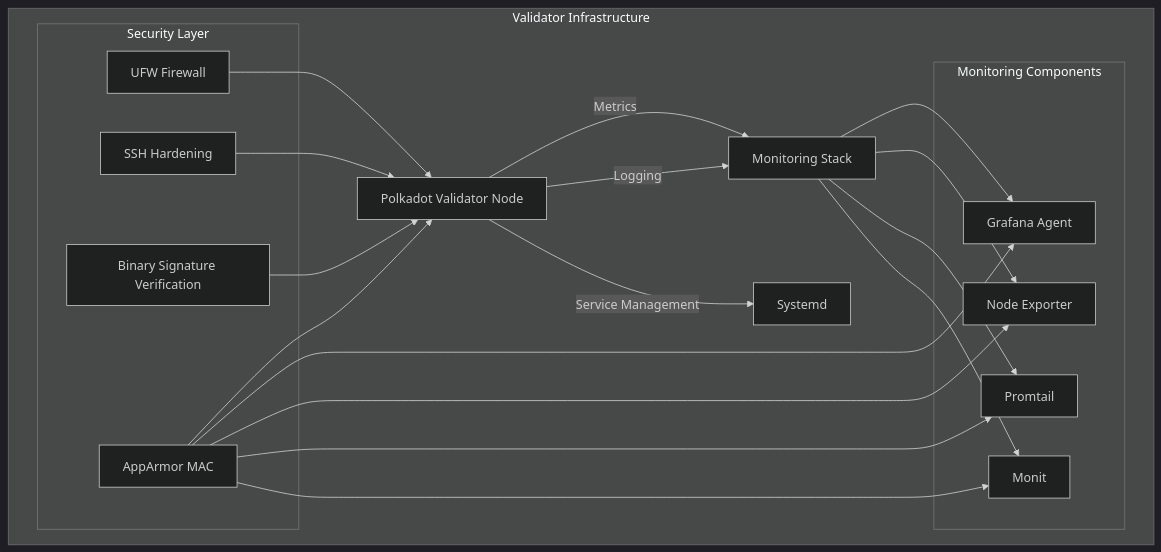
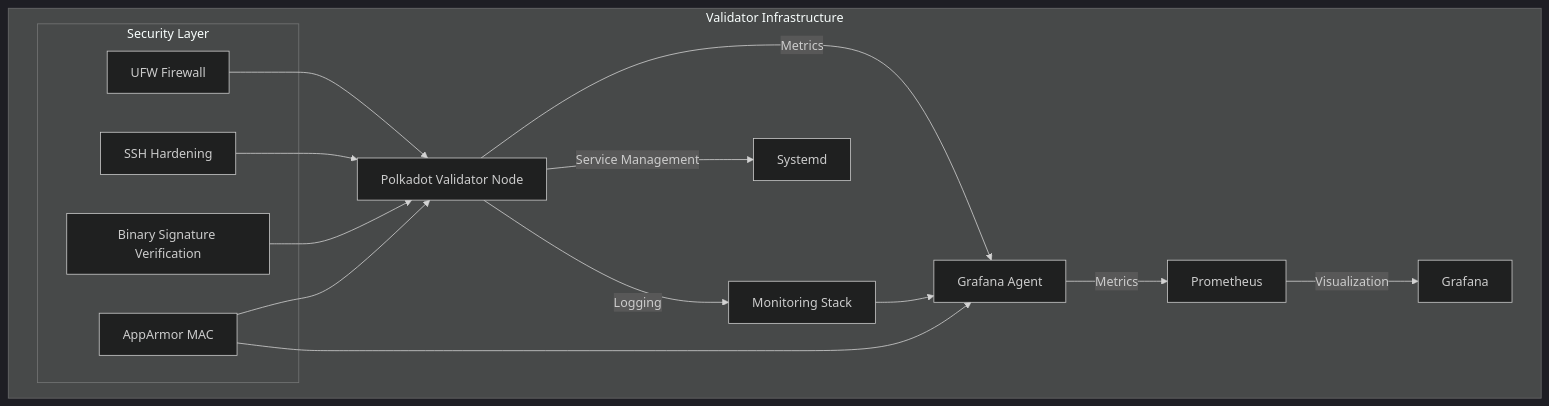
The first of 2 diagrams in README.md (pampatzoglou/provision-validators), drawn with Mermaid (dark theme) before and after one commit. The commit also changed other lines of this file and 3 other files, not shown here.

````diff
--- a/README.md
+++ b/README.md
@@ -24,36 +24,24 @@
 ```mermaid
 graph TD
     subgraph Validator Infrastructure
-        A[Polkadot Validator Node] --> |Metrics| B[Monitoring Stack]
-        A --> |Logging| B
-        A --> |Service Management| C[Systemd]
+        A[Polkadot Validator Node] --> |Metrics| B[Grafana Agent]
+        B --> |Metrics| C[Prometheus]
+        C --> |Visualization| D[Grafana]
+        A --> |Logging| E[Monitoring Stack]
+        A --> |Service Management| F[Systemd]
         
         subgraph Security Layer
-            D[UFW Firewall]
-            E[SSH Hardening]
-            F[Binary Signature Verification]
-            M[AppArmor MAC]
-        end
-        
-        subgraph Monitoring Components
-            H[Grafana Agent]
-            I[Node Exporter]
-            J[Promtail]
-            K[Monit]
+            G[UFW Firewall]
+            H[SSH Hardening]
+            I[Binary Signature Verification]
+            J[AppArmor MAC]
         end
     end
 
-    B --> H
-    B --> I
-    B --> J
-    B --> K
-
-    D --> A
-    E --> A
-    F --> A
-    M --> A
-    M --> H
-    M --> I
-    M --> J
-    M --> K
+    E --> B
+    G --> A
+    H --> A
+    I --> A
+    J --> A
+    J --> B
 ```
````
